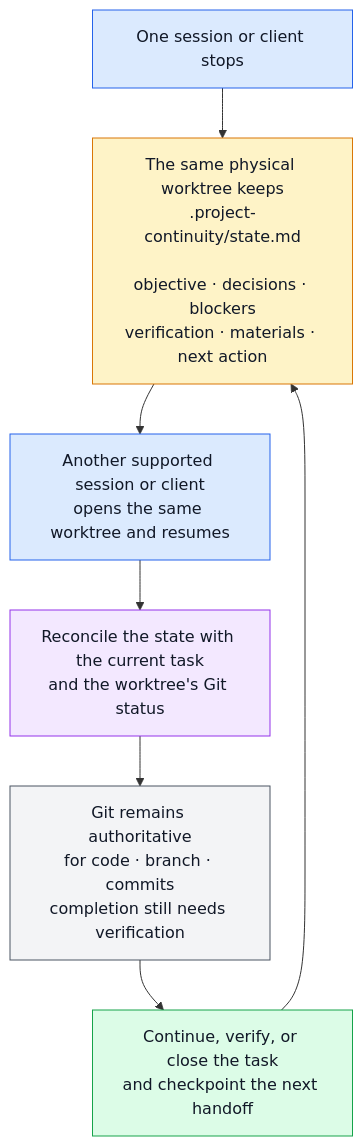
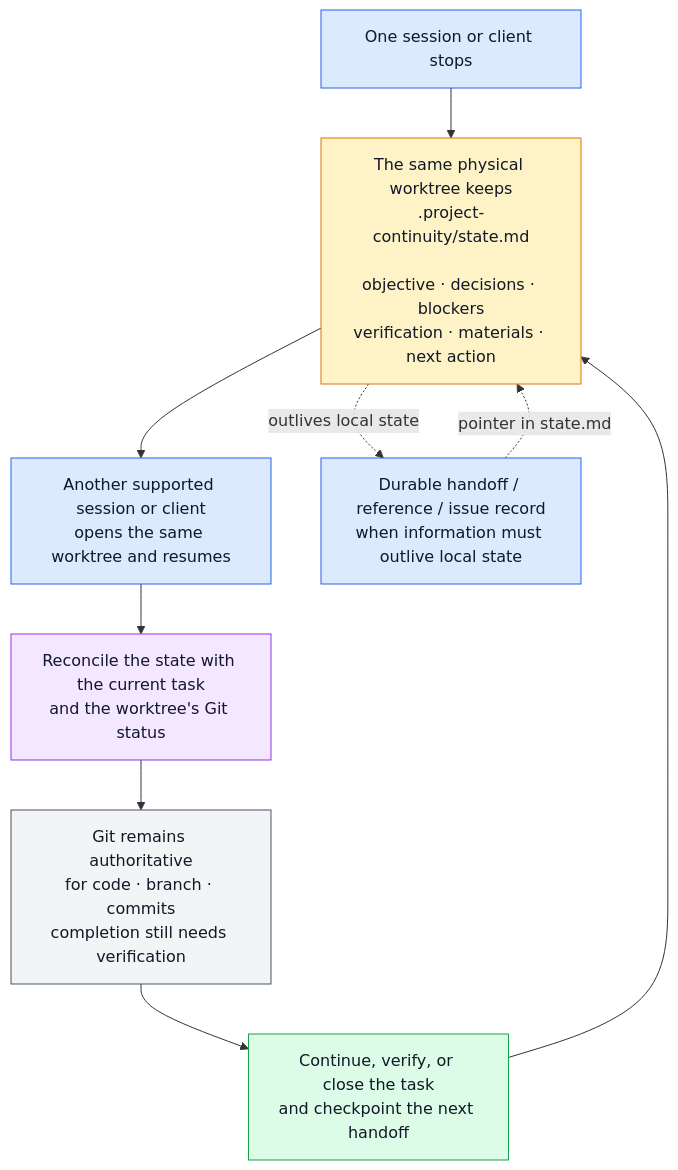
The third of 4 diagrams in README.md (sherrilla71940/personal-agentic-dev-environment), drawn with Mermaid before and after one commit. The commit also changed other lines of this file and 1 other file, not shown here.

````diff
--- a/README.md
+++ b/README.md
@@ -183,17 +183,20 @@
 ```mermaid
 flowchart TD
     stop["One session or client stops"]:::handoff
     persist["The same physical worktree keeps<br/>.project-continuity/state.md<br/><br/>objective · decisions · blockers<br/>verification · materials · next action"]:::state
     resume["Another supported session or client<br/>opens the same worktree and resumes"]:::handoff
     reconcile["Reconcile the state with the current task<br/>and the worktree's Git status"]:::check
     git["Git remains authoritative<br/>for code · branch · commits<br/>completion still needs verification"]:::authority
     continue["Continue, verify, or close the task<br/>and checkpoint the next handoff"]:::work
+    durable["Durable handoff / reference / issue record<br/>when information must outlive local state"]:::handoff
 
     stop --> persist --> resume --> reconcile --> git --> continue --> persist
+    persist -. "outlives local state" .-> durable
+    durable -. "pointer in state.md" .-> persist
 
     classDef handoff fill:#dbeafe,stroke:#2563eb,color:#111827
     classDef state fill:#fef3c7,stroke:#d97706,color:#111827
     classDef check fill:#f3e8ff,stroke:#9333ea,color:#111827
     classDef authority fill:#f3f4f6,stroke:#4b5563,color:#111827
     classDef work fill:#dcfce7,stroke:#16a34a,color:#111827
 ```
````
